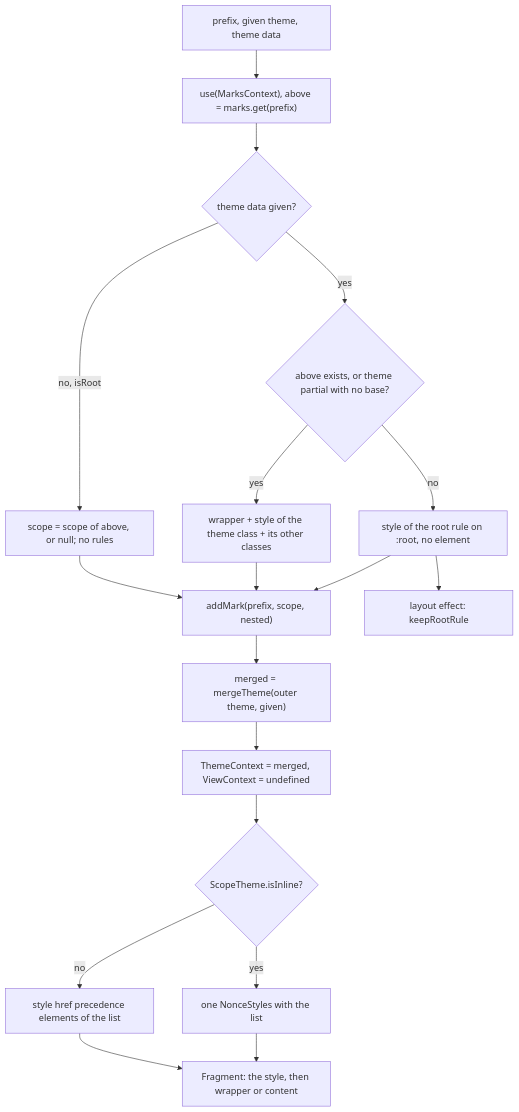
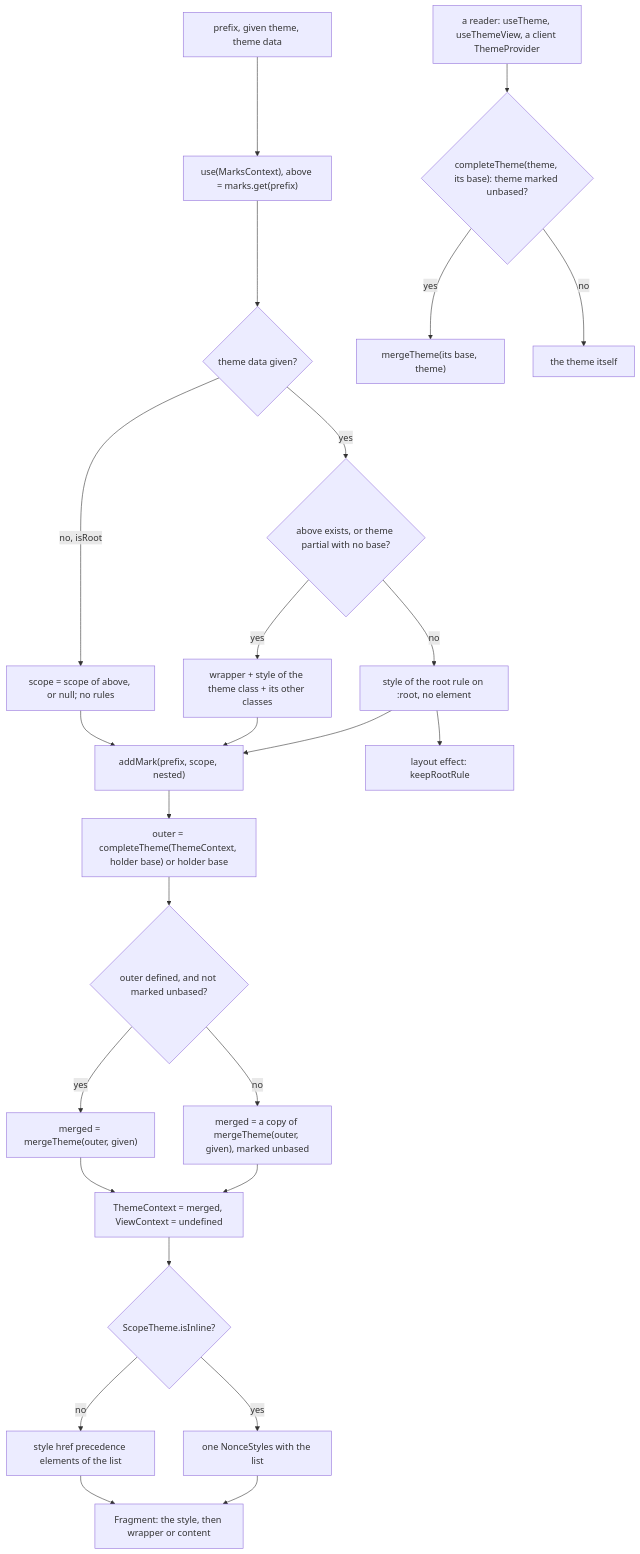
One commit to soroush-tech/umber-style changed the diagram in packages/react/src/ProviderScope.md. Above: the diagram before and after it, drawn with Mermaid. The commit also changed other lines of this file and 42 other files, not shown here.

Commit message:
fix: a client component under a server ThemeProvider gets the base theme on every path, and the browser cache's style elements take the page's nonce, so styles built in the browser apply under a strict policy - close #71

````diff
--- a/packages/react/src/ProviderScope.md
+++ b/packages/react/src/ProviderScope.md
@@ -24,20 +24,27 @@
 ```mermaid
 flowchart TD
   props["prefix, given theme, theme data"] --> marks["use(MarksContext), above = marks.get(prefix)"]
   marks --> hasTheme{"theme data given?"}
   hasTheme -->|no, isRoot| passScope["scope = scope of above, or null; no rules"]
   hasTheme -->|yes| nested{"above exists, or theme partial with no base?"}
   nested -->|yes| nestedOut["wrapper + style of the theme class + its other classes"]
   nested -->|no| rootOut["style of the root rule on :root, no element"]
   nestedOut --> mark["addMark(prefix, scope, nested)"]
   rootOut --> mark
   passScope --> mark
-  mark --> merge["merged = mergeTheme(outer theme, given)"]
+  mark --> outerTheme["outer = completeTheme(ThemeContext, holder base) or holder base"]
+  outerTheme --> based{"outer defined, and not marked unbased?"}
+  based -->|yes| merge["merged = mergeTheme(outer, given)"]
+  based -->|no| unbasedTheme["merged = a copy of mergeTheme(outer, given), marked unbased"]
   merge --> ctx["ThemeContext = merged, ViewContext = undefined"]
+  unbasedTheme --> ctx
+  reader["a reader: useTheme, useThemeView, a client ThemeProvider"] --> complete{"completeTheme(theme, its base): theme marked unbased?"}
+  complete -->|yes| over["mergeTheme(its base, theme)"]
+  complete -->|no| same["the theme itself"]
   rootOut --> keep["layout effect: keepRootRule"]
   ctx --> inline{"ScopeTheme.isInline?"}
   inline -->|no| hoisted["style href precedence elements of the list"]
   inline -->|yes| nonceStyles["one NonceStyles with the list"]
   hoisted --> out["Fragment: the style, then wrapper or content"]
   nonceStyles --> out
 ```
````
